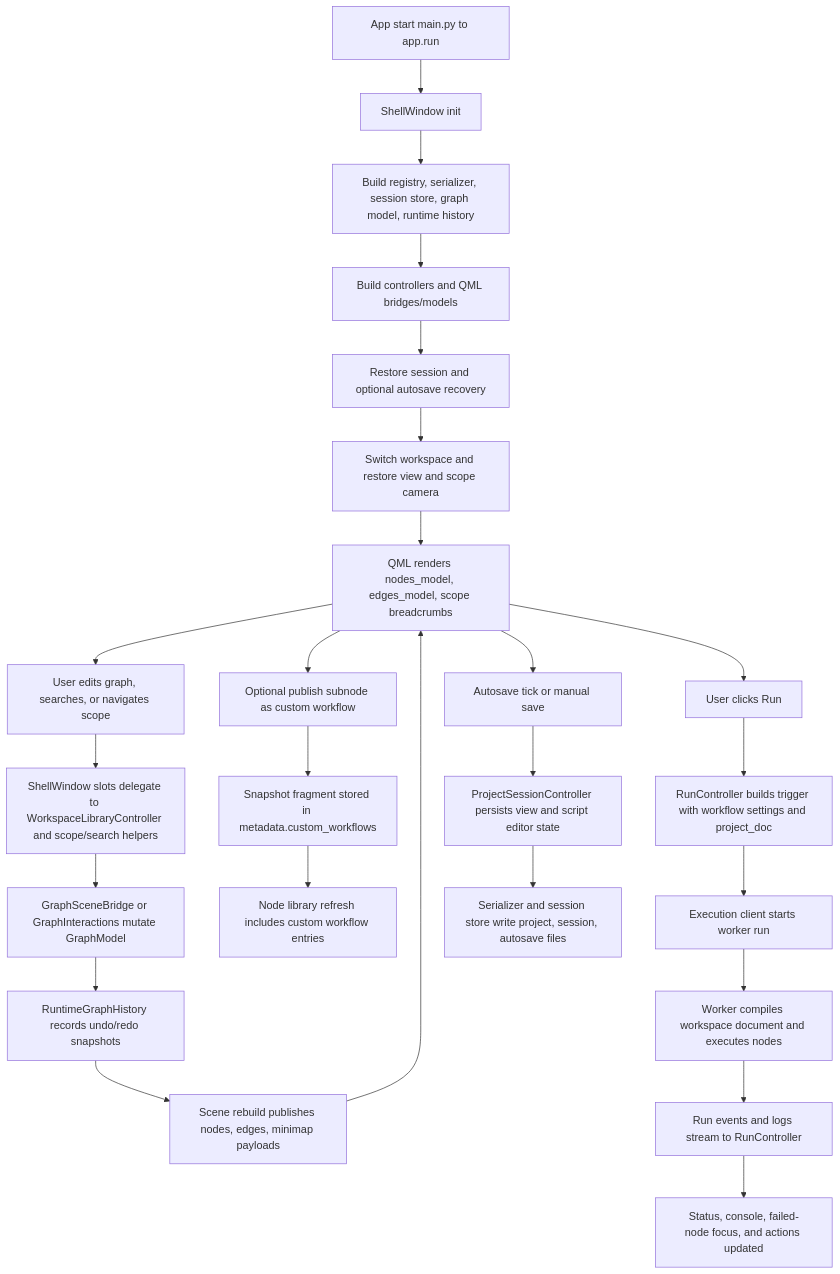
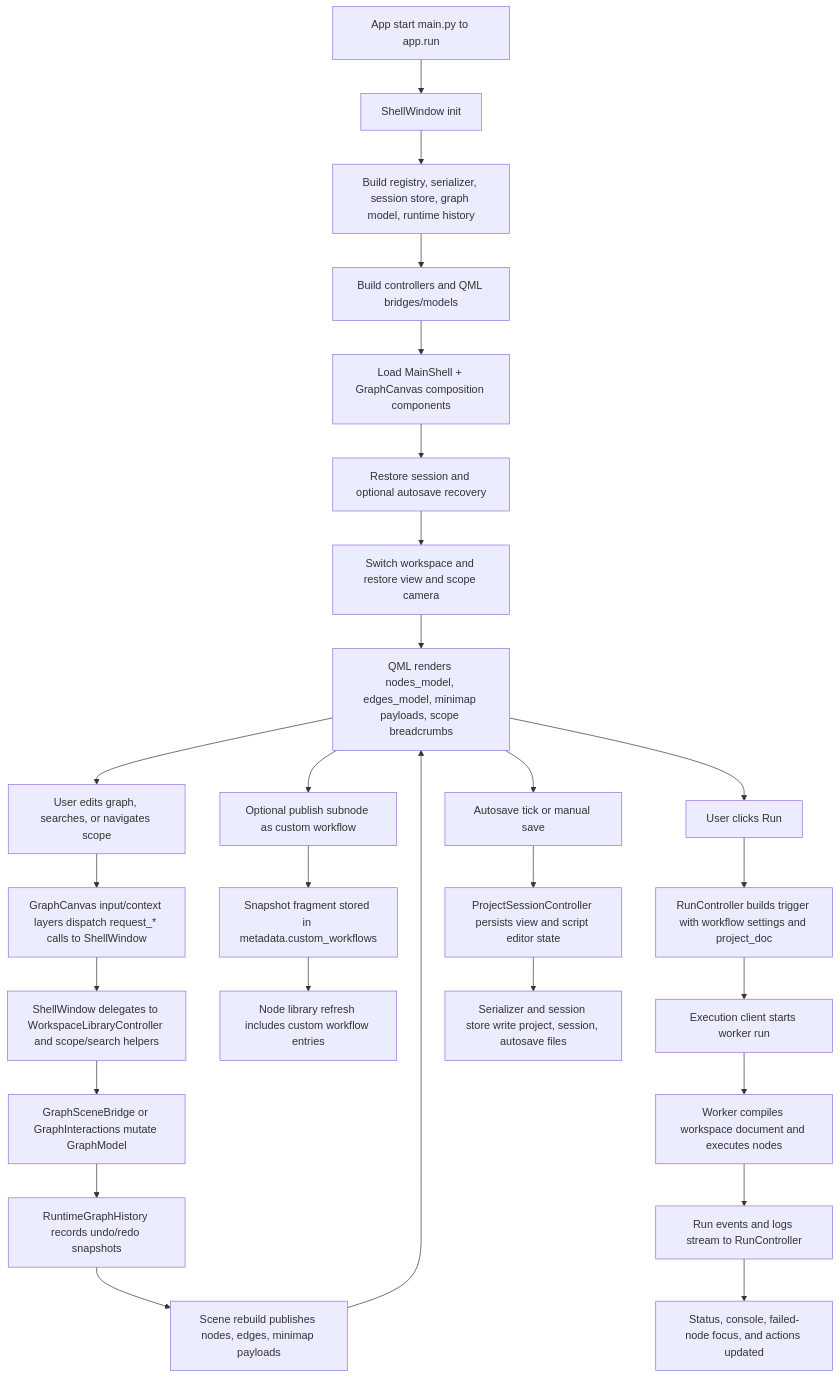
Before and after one commit to emreatay993/EA_Node: the diagram in docs/architecture_diagrams/runtime_pipeline.mmd, drawn with Mermaid. The commit also changed 10 other files, not shown here.

Commit message:
docs: refresh architecture docs for modular GraphCanvas

```diff
--- a/docs/architecture_diagrams/runtime_pipeline.mmd
+++ b/docs/architecture_diagrams/runtime_pipeline.mmd
@@ -1,29 +1,31 @@
 flowchart TD
     A[App start main.py to app.run] --> B[ShellWindow init]
     B --> C[Build registry, serializer, session store, graph model, runtime history]
     C --> D[Build controllers and QML bridges/models]
-    D --> E[Restore session and optional autosave recovery]
-    E --> F[Switch workspace and restore view and scope camera]
-    F --> G[QML renders nodes_model, edges_model, scope breadcrumbs]
+    D --> E[Load MainShell + GraphCanvas composition components]
+    E --> F[Restore session and optional autosave recovery]
+    F --> G[Switch workspace and restore view and scope camera]
+    G --> H[QML renders nodes_model, edges_model, minimap payloads, scope breadcrumbs]
 
-    G --> H[User edits graph, searches, or navigates scope]
-    H --> I[ShellWindow slots delegate to WorkspaceLibraryController and scope/search helpers]
-    I --> J[GraphSceneBridge or GraphInteractions mutate GraphModel]
-    J --> K[RuntimeGraphHistory records undo/redo snapshots]
-    K --> L[Scene rebuild publishes nodes, edges, minimap payloads]
-    L --> G
+    H --> I[User edits graph, searches, or navigates scope]
+    I --> J[GraphCanvas input/context layers dispatch request_* calls to ShellWindow]
+    J --> K[ShellWindow delegates to WorkspaceLibraryController and scope/search helpers]
+    K --> L[GraphSceneBridge or GraphInteractions mutate GraphModel]
+    L --> M[RuntimeGraphHistory records undo/redo snapshots]
+    M --> N[Scene rebuild publishes nodes, edges, minimap payloads]
+    N --> H
 
-    G --> M[Optional publish subnode as custom workflow]
-    M --> N[Snapshot fragment stored in metadata.custom_workflows]
-    N --> O[Node library refresh includes custom workflow entries]
+    H --> O[Optional publish subnode as custom workflow]
+    O --> P[Snapshot fragment stored in metadata.custom_workflows]
+    P --> Q[Node library refresh includes custom workflow entries]
 
-    G --> P[User clicks Run]
-    P --> Q[RunController builds trigger with workflow settings and project_doc]
-    Q --> R[Execution client starts worker run]
-    R --> S[Worker compiles workspace document and executes nodes]
-    S --> T[Run events and logs stream to RunController]
-    T --> U[Status, console, failed-node focus, and actions updated]
+    H --> R[User clicks Run]
+    R --> S[RunController builds trigger with workflow settings and project_doc]
+    S --> T[Execution client starts worker run]
+    T --> U[Worker compiles workspace document and executes nodes]
+    U --> V[Run events and logs stream to RunController]
+    V --> W[Status, console, failed-node focus, and actions updated]
 
-    G --> V[Autosave tick or manual save]
-    V --> W[ProjectSessionController persists view and script editor state]
-    W --> X[Serializer and session store write project, session, autosave files]
+    H --> X[Autosave tick or manual save]
+    X --> Y[ProjectSessionController persists view and script editor state]
+    Y --> Z[Serializer and session store write project, session, autosave files]
```
